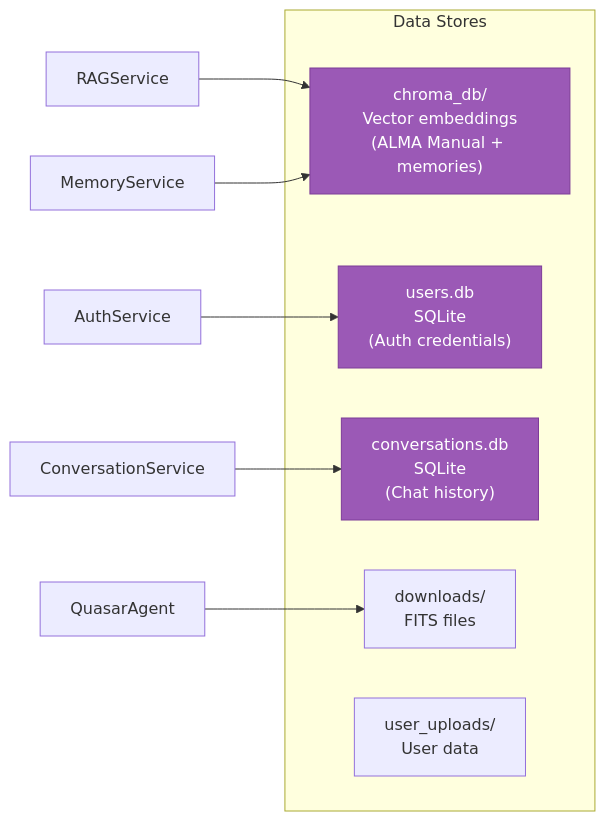
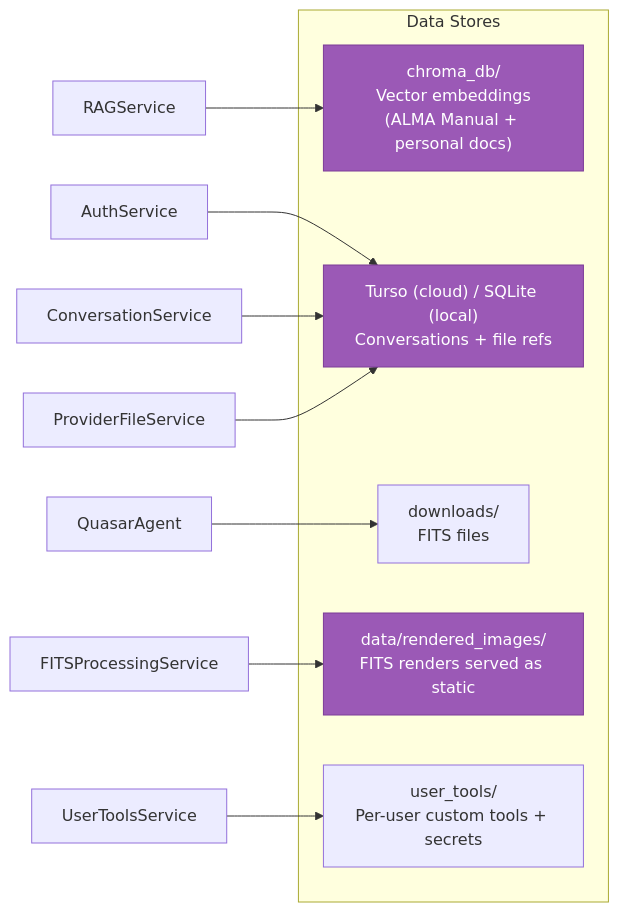
The eighth of 10 diagrams in ARCHITECTURE.md (adamzacharia/Quasar), drawn with Mermaid before and after one commit. The commit also changed other lines of this file and 6 other files, not shown here.

Commit message:
feat: upgrade to Quasar v4.0 with multi-agent architecture, FastAPI backend, and multi-provider LLM support

````diff
--- a/ARCHITECTURE.md
+++ b/ARCHITECTURE.md
@@ -342,20 +530,22 @@
 ```mermaid
 graph LR
     subgraph Storage["Data Stores"]
-        ChromaDB["chroma_db/<br/>Vector embeddings<br/>(ALMA Manual + memories)"]
-        UsersDB["users.db<br/>SQLite<br/>(Auth credentials)"]
-        ConvDB["conversations.db<br/>SQLite<br/>(Chat history)"]
+        ChromaDB["chroma_db/<br/>Vector embeddings<br/>(ALMA Manual + personal docs)"]
+        Turso["Turso (cloud) / SQLite (local)<br/>Conversations + file refs"]
         Downloads["downloads/<br/>FITS files"]
-        UserUploads["user_uploads/<br/>User data"]
+        Rendered["data/rendered_images/<br/>FITS renders served as static"]
+        UserTools_Store["user_tools/<br/>Per-user custom tools + secrets"]
     end
 
     RAG["RAGService"] --> ChromaDB
-    MemSvc["MemoryService"] --> ChromaDB
-    Auth["AuthService"] --> UsersDB
-    ConvSvc["ConversationService"] --> ConvDB
+    Auth["AuthService"] --> Turso
+    ConvSvc["ConversationService"] --> Turso
+    ProvFile["ProviderFileService"] --> Turso
     Agent["QuasarAgent"] --> Downloads
+    FITS["FITSProcessingService"] --> Rendered
+    UserToolsSvc["UserToolsService"] --> UserTools_Store
 
     style ChromaDB fill:#9B59B6,stroke:#7D3C98,color:#fff
-    style UsersDB fill:#9B59B6,stroke:#7D3C98,color:#fff
-    style ConvDB fill:#9B59B6,stroke:#7D3C98,color:#fff
+    style Turso fill:#9B59B6,stroke:#7D3C98,color:#fff
+    style Rendered fill:#9B59B6,stroke:#7D3C98,color:#fff
 ```
````
